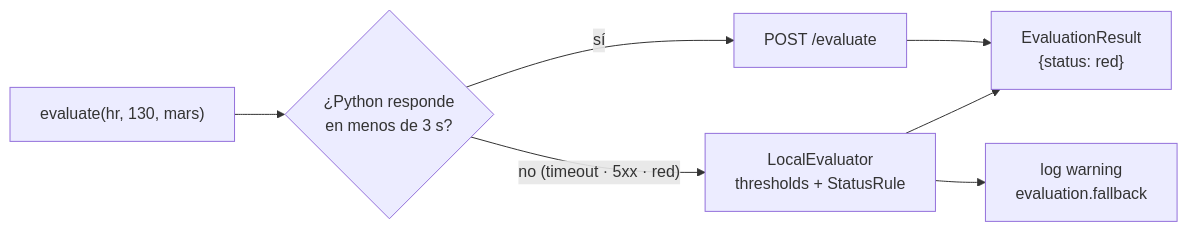
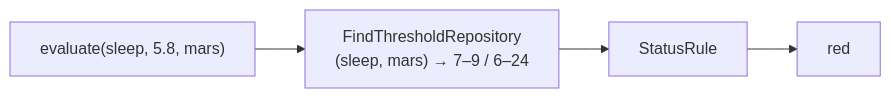
Before and after one commit to HACKATHON-NASA/ARTEMIS-III: the diagram in astrohealth/docs/backend/M2-evaluacion/README.md, drawn with Mermaid. The commit also changed other lines of this file and 65 other files, not shown here.

````diff
--- a/astrohealth/docs/backend/M2-evaluacion/README.md
+++ b/astrohealth/docs/backend/M2-evaluacion/README.md
@@ -15,9 +17,6 @@
 ```mermaid
 flowchart LR
-    IN["evaluate(hr, 130, mars)"] --> T{"¿Python responde<br/>en menos de 3 s?"}
-    T -- sí --> PY["POST /evaluate"]
-    T -- "no (timeout · 5xx · red)" --> LO["LocalEvaluator<br/>thresholds + StatusRule"]
-    LO --> LOG["log warning<br/>evaluation.fallback"]
-    PY --> OUT["EvaluationResult<br/>{status: red}"]
-    LO --> OUT
+    IN["evaluate(sleep, 5.8, mars)"] --> T["FindThresholdRepository<br/>(sleep, mars) → 7–9 / 6–24"]
+    T --> R["StatusRule"]
+    R --> OUT["red"]
 ```
````
